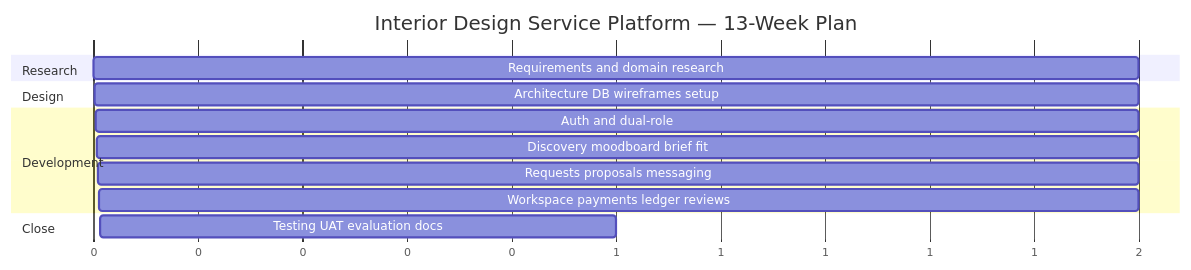
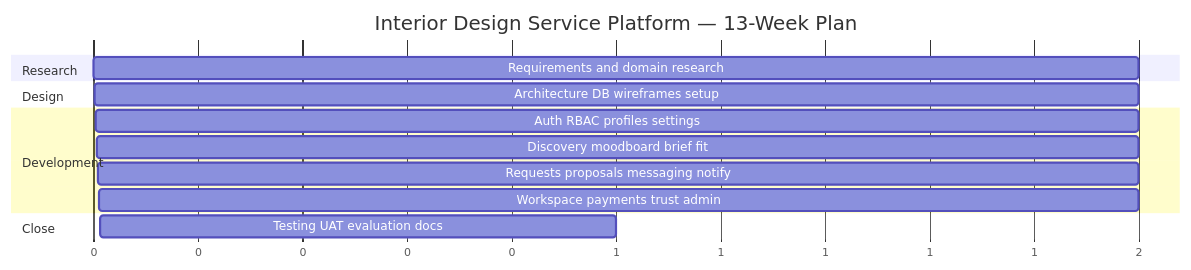
One commit to MNSBaanu/Inside changed the diagram in docs/Proposal/10-project-plan.md. Above: the diagram before and after it, drawn with Mermaid. The commit also changed other lines of this file and 13 other files, not shown here.

````diff
--- a/docs/Proposal/10-project-plan.md
+++ b/docs/Proposal/10-project-plan.md
@@ -49,17 +54,17 @@
 ```mermaid
 gantt
     title Interior Design Service Platform — 13-Week Plan
     dateFormat X
     axisFormat %s
     section Research
     Requirements and domain research    :a1, 0, 2
     section Design
     Architecture DB wireframes setup    :a2, 2, 2
     section Development
-    Auth and dual-role                  :a3, 4, 2
-    Discovery moodboard brief fit       :a4, 6, 2
-    Requests proposals messaging        :a5, 8, 2
-    Workspace payments ledger reviews   :a6, 10, 2
+    Auth RBAC profiles settings         :a3, 4, 2
+    Discovery moodboard brief fit         :a4, 6, 2
+    Requests proposals messaging notify   :a5, 8, 2
+    Workspace payments trust admin        :a6, 10, 2
     section Close
     Testing UAT evaluation docs         :a7, 12, 1
 ```
````
